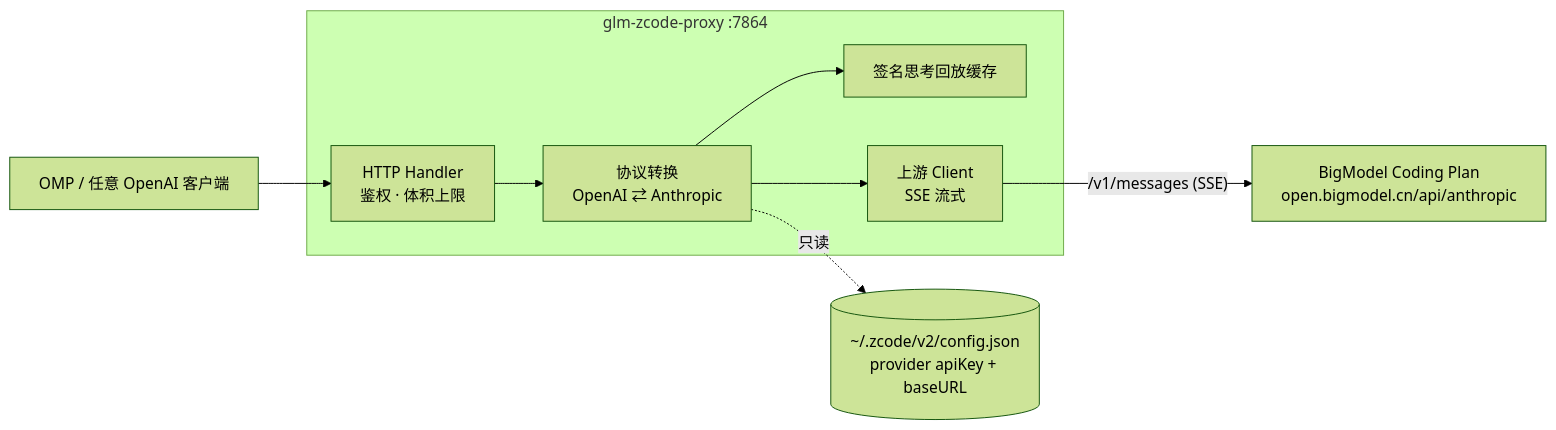
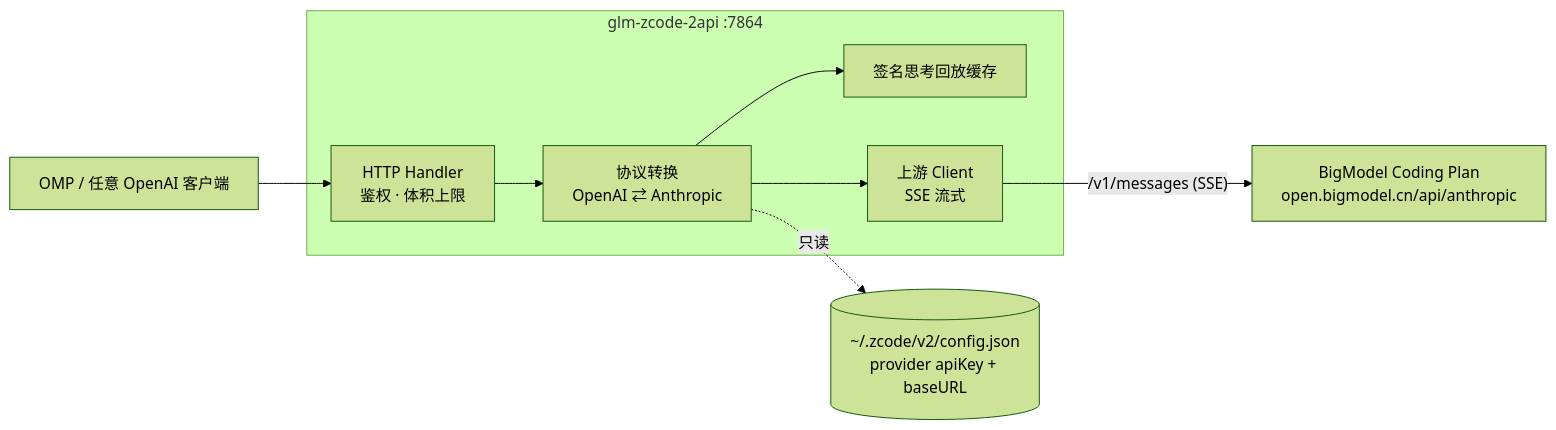
The diagram in README.md (binggao1230/glm-zcode-2api), drawn with Mermaid (forest theme) before and after one commit. The commit also changed other lines of this file and 15 other files, not shown here.

First line of the commit message:
Rename project to glm-zcode-2api

````diff
--- a/README.md
+++ b/README.md
@@ -13,13 +15,13 @@
 ```mermaid
 flowchart LR
     Client["OMP / 任意 OpenAI 客户端"] --> H
 
-    subgraph GW["glm-zcode-proxy :7864"]
+    subgraph GW["glm-zcode-2api :7864"]
         H["HTTP Handler\n鉴权 · 体积上限"] --> C["协议转换\nOpenAI ⇄ Anthropic"]
         C --> R["签名思考回放缓存"]
         C --> U["上游 Client\nSSE 流式"]
     end
 
     C -. "只读" .-> CFG[("~/.zcode/v2/config.json\nprovider apiKey + baseURL")]
     U -->|"/v1/messages (SSE)"| UP["BigModel Coding Plan\nopen.bigmodel.cn/api/anthropic"]
 ```
````
